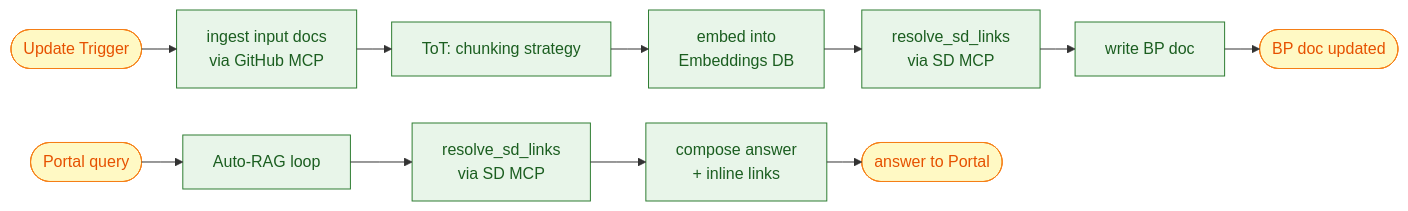
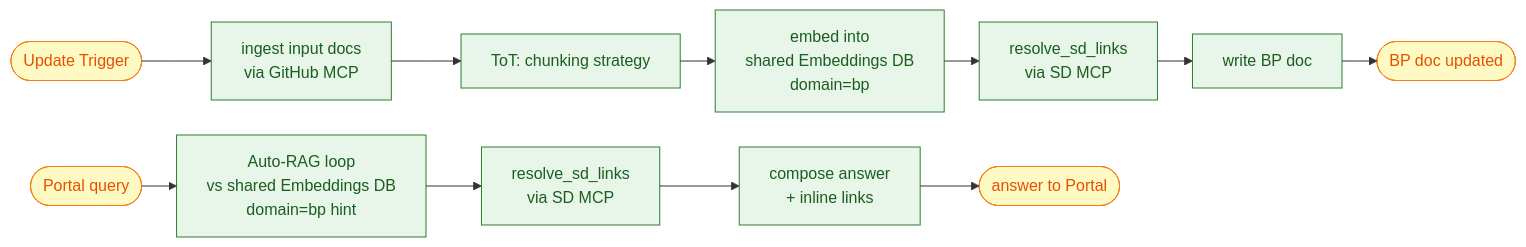
One commit to kikecorona/agentic-ai-capstone-project changed the third of 5 diagrams in PROJECT_ARCHITECTURE.md. Above: the diagram before and after it, drawn with Mermaid. The commit also changed other lines of this file and 1 other file, not shown here.

Commit message:
Simplifying auto-rag

````diff
--- a/PROJECT_ARCHITECTURE.md
+++ b/PROJECT_ARCHITECTURE.md
@@ -528,18 +552,18 @@
 ```mermaid
 %%{init: {'flowchart': {'defaultRenderer': 'elk', 'curve': 'step'}}}%%
 flowchart LR
     Trig([Update Trigger]) --> Ingest[ingest input docs<br/>via GitHub MCP]
-    Port([Portal query]) --> Auto[Auto-RAG loop]
+    Port([Portal query]) --> Auto[Auto-RAG loop<br/>vs shared Embeddings DB<br/>domain=bp hint]
     Ingest --> ToT[ToT: chunking strategy]
-    ToT --> Embed[embed into<br/>Embeddings DB]
+    ToT --> Embed[embed into<br/>shared Embeddings DB<br/>domain=bp]
     Embed --> XR1[resolve_sd_links<br/>via SD MCP]
     XR1 --> Write[write BP doc]
     Write --> Done([BP doc updated])
     Auto --> XR2[resolve_sd_links<br/>via SD MCP]
     XR2 --> Compose[compose answer<br/>+ inline links]
     Compose --> Out([answer to Portal])
     classDef node fill: #E8F5E9, stroke: #2E7D32, color: #1B5E20
     classDef portal fill: #FFF9C4, stroke: #F57F17, color: #E65100
     class Ingest,ToT,Embed,XR1,Write,Auto,XR2,Compose node
     class Trig,Port,Done,Out portal
 ```
````
